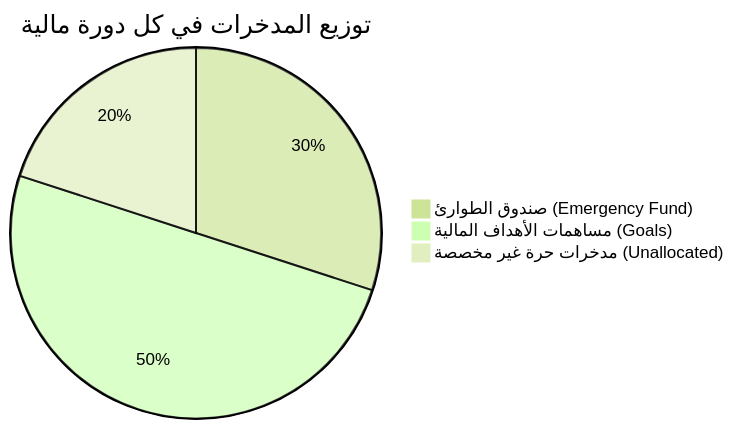
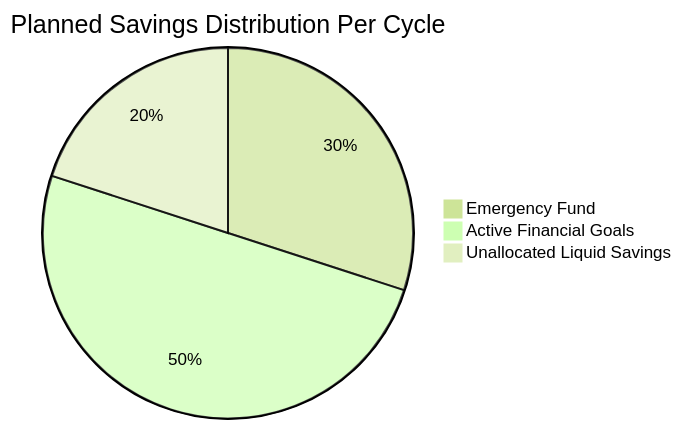
Before and after one commit to mohammadbzoor/AlphaAPP: the sixth of 8 diagrams in README.md, drawn with Mermaid (forest theme). The commit also changed other lines of this file, not shown here.

````diff
--- a/README.md
+++ b/README.md
@@ -197,6 +208,6 @@
 ```mermaid
-pie title توزيع المدخرات في كل دورة مالية
-    "صندوق الطوارئ (Emergency Fund)" : 30
-    "مساهمات الأهداف المالية (Goals)" : 50
-    "مدخرات حرة غير مخصصة (Unallocated)" : 20
+pie title Planned Savings Distribution Per Cycle
+    "Emergency Fund" : 30
+    "Active Financial Goals" : 50
+    "Unallocated Liquid Savings" : 20
 ```
````
